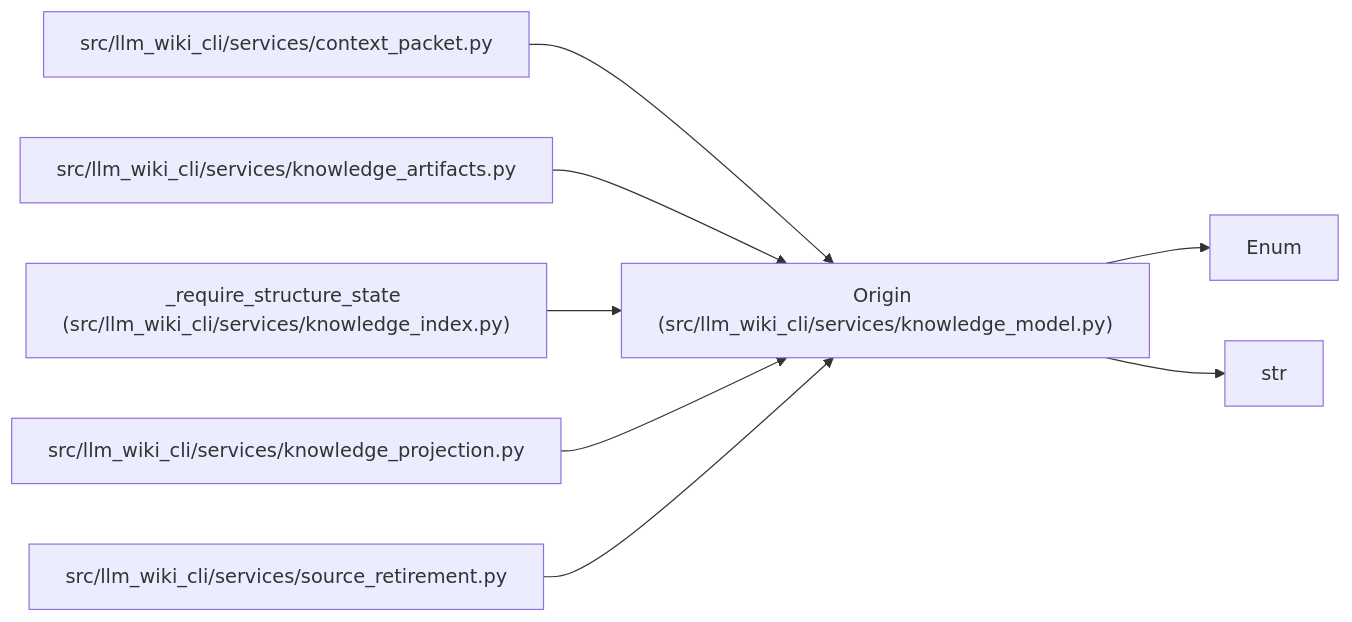
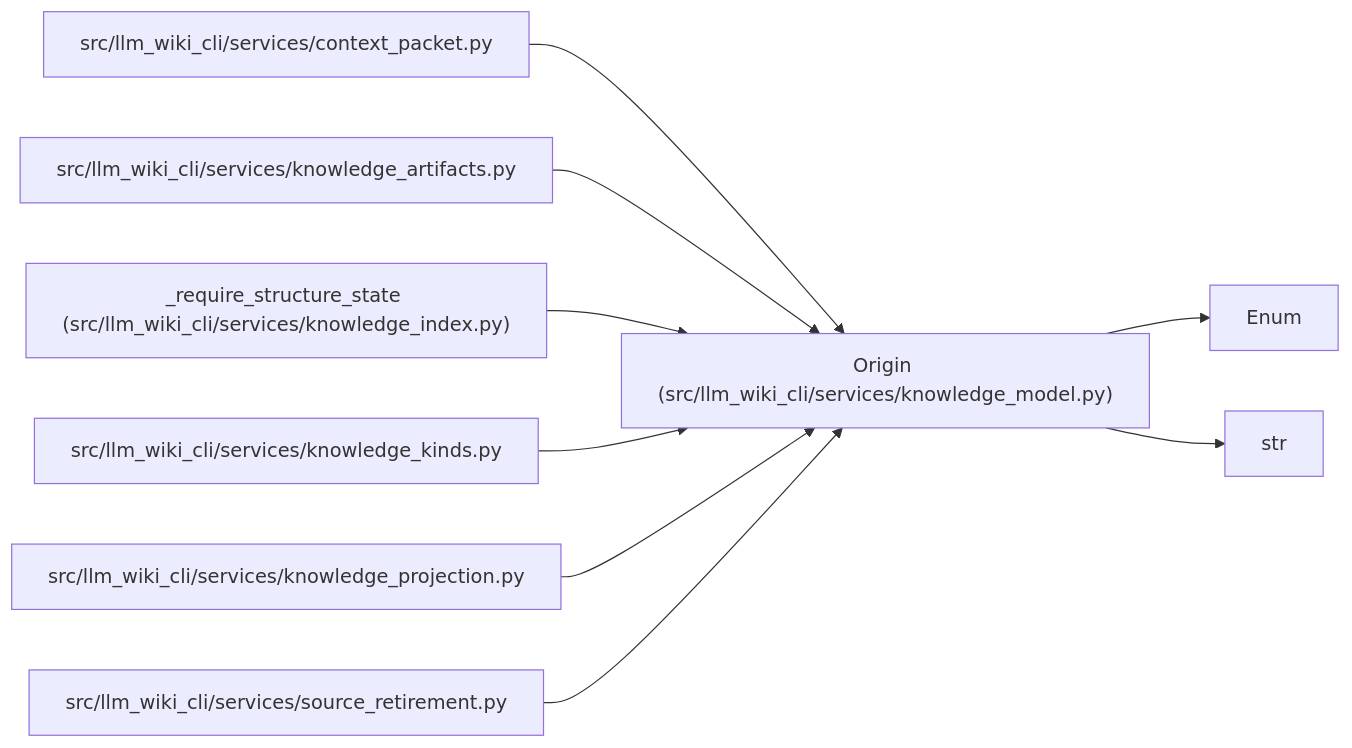
Before and after one commit to Denissvgn/python-wiki-llm: the diagram in docs/llm_wiki/entities/Origin.md, drawn with Mermaid. The commit also changed other lines of this file and 1555 other files, not shown here.

````diff
--- a/docs/llm_wiki/entities/Origin.md
+++ b/docs/llm_wiki/entities/Origin.md
@@ -31,24 +31,27 @@
 ```mermaid
 flowchart LR
     n0["Origin (src/llm_wiki_cli/services/knowledge_model.py)"]
     n1["Enum"]
     n2["str"]
     n3["src/llm_wiki_cli/services/context_packet.py"]
     n4["src/llm_wiki_cli/services/knowledge_artifacts.py"]
     n5["_require_structure_state (src/llm_wiki_cli/services/knowledge_index.py)"]
-    n6["src/llm_wiki_cli/services/knowledge_projection.py"]
-    n7["src/llm_wiki_cli/services/source_retirement.py"]
+    n6["src/llm_wiki_cli/services/knowledge_kinds.py"]
+    n7["src/llm_wiki_cli/services/knowledge_projection.py"]
+    n8["src/llm_wiki_cli/services/source_retirement.py"]
     n0 --> n1
     n0 --> n2
     n3 --> n0
     n4 --> n0
     n5 --> n0
     n6 --> n0
     n7 --> n0
+    n8 --> n0
     click n0 "../modules/knowledge_model.md"
     click n3 "../modules/context_packet.md"
     click n4 "../modules/knowledge_artifacts.md"
     click n5 "../modules/knowledge_index.md"
-    click n6 "../modules/knowledge_projection.md"
-    click n7 "../modules/source_retirement.md"
+    click n6 "../modules/knowledge_kinds.md"
+    click n7 "../modules/knowledge_projection.md"
+    click n8 "../modules/source_retirement.md"
 ```
````
